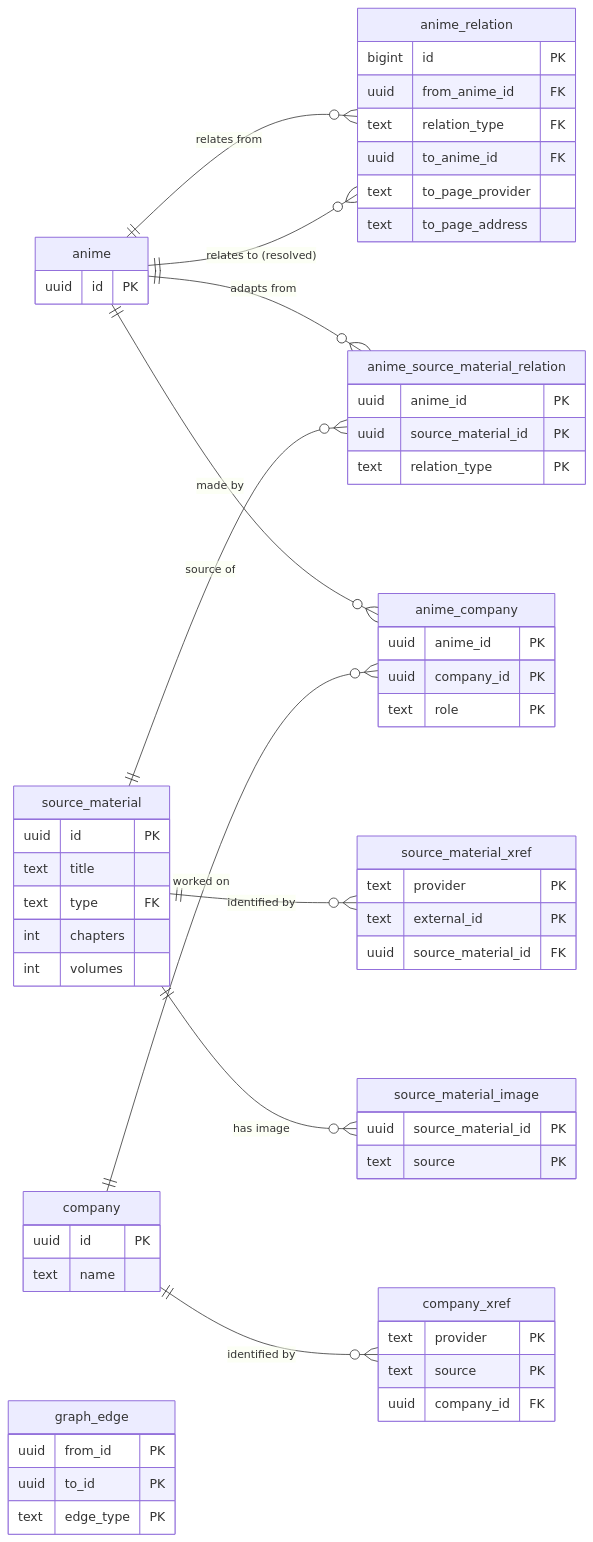
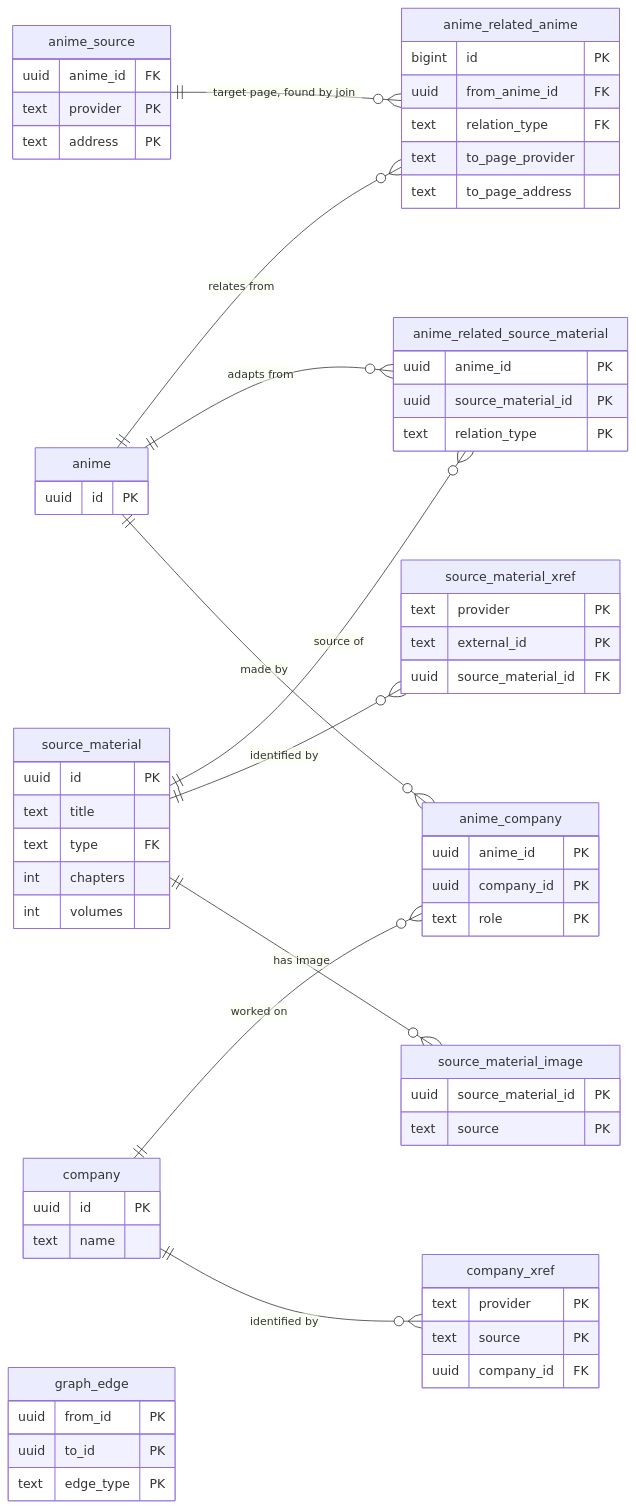
The eighth of 8 diagrams in docs/architecture/Database Schema.md (adnanaq/echora), drawn with Mermaid before and after one commit. The commit also changed other lines of this file and 265 other files, not shown here.

````diff
--- a/docs/architecture/Database Schema.md
+++ b/docs/architecture/Database Schema.md
@@ -409,65 +491,69 @@
 ```mermaid
 erDiagram
   direction LR
-  anime ||--o{ anime_relation : "relates from"
-  anime ||--o{ anime_relation : "relates to (resolved)"
-  anime ||--o{ anime_source_material_relation : "adapts from"
-  source_material ||--o{ anime_source_material_relation : "source of"
+  anime ||--o{ anime_related_anime : "relates from"
+  anime_source ||--o{ anime_related_anime : "target page, found by join"
+  anime ||--o{ anime_related_source_material : "adapts from"
+  source_material ||--o{ anime_related_source_material : "source of"
   source_material ||--o{ source_material_xref : "identified by"
   source_material ||--o{ source_material_image : "has image"
   anime ||--o{ anime_company : "made by"
   company ||--o{ anime_company : "worked on"
   company ||--o{ company_xref : "identified by"
 
   anime {
     uuid id PK
   }
-  anime_relation {
+  anime_source {
+    uuid anime_id FK
+    text provider PK
+    text address PK
+  }
+  anime_related_anime {
     bigint id PK
     uuid from_anime_id FK
     text relation_type FK
-    uuid to_anime_id FK
     text to_page_provider
     text to_page_address
   }
   source_material {
     uuid id PK
     text title
     text type FK
     int chapters
     int volumes
   }
-  anime_source_material_relation {
+  anime_related_source_material {
     uuid anime_id PK
     uuid source_material_id PK
     text relation_type PK
   }
   source_material_xref {
     text provider PK
     text external_id PK
     uuid source_material_id FK
   }
   source_material_image {
     uuid source_material_id PK
     text source PK
   }
   company {
     uuid id PK
     text name
   }
   company_xref {
     text provider PK
     text source PK
     uuid company_id FK
   }
   anime_company {
     uuid anime_id PK
     uuid company_id PK
     text role PK
   }
   graph_edge {
     uuid from_id PK
     uuid to_id PK
     text edge_type PK
   }
 ```
````
